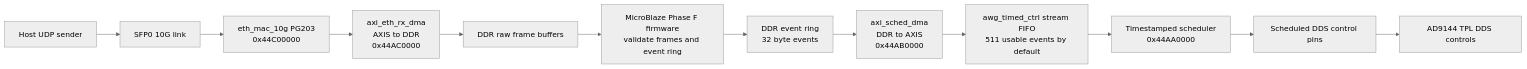
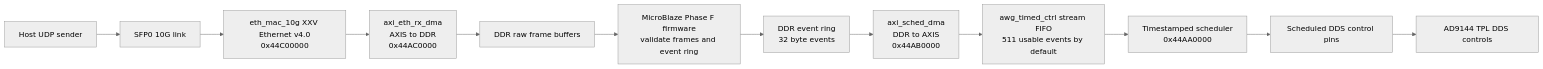
Before and after one commit to Cold-Ion-Group/hdl-adi-fork: the sixth of 9 diagrams in projects/awg/SYSTEM_BLOCK_DIAGRAM_AND_DATAPATHS.md, drawn with Mermaid (neutral theme). The commit also changed other lines of this file and 5 other files, not shown here.

````diff
--- a/projects/awg/SYSTEM_BLOCK_DIAGRAM_AND_DATAPATHS.md
+++ b/projects/awg/SYSTEM_BLOCK_DIAGRAM_AND_DATAPATHS.md
@@ -170,14 +170,14 @@
 ```mermaid
 flowchart LR
   HOST[Host UDP sender] --> SFP[SFP0 10G link]
-  SFP --> MAC[eth_mac_10g PG203\n0x44C00000]
+  SFP --> MAC[eth_mac_10g XXV Ethernet v4.0\n0x44C00000]
   MAC --> RXDMA[axi_eth_rx_dma\nAXIS to DDR\n0x44AC0000]
   RXDMA --> RAW[DDR raw frame buffers]
   RAW --> FW[MicroBlaze Phase F firmware\nvalidate frames and event ring]
   FW --> ERING[DDR event ring\n32 byte events]
   ERING --> SDMA[axi_sched_dma\nDDR to AXIS\n0x44AB0000]
   SDMA --> FIFO[awg_timed_ctrl stream FIFO\n511 usable events by default]
   FIFO --> SCHED[Timestamped scheduler\n0x44AA0000]
   SCHED --> TPLSCHED[Scheduled DDS control pins]
   TPLSCHED --> TPL[AD9144 TPL DDS controls]
 ```
````
